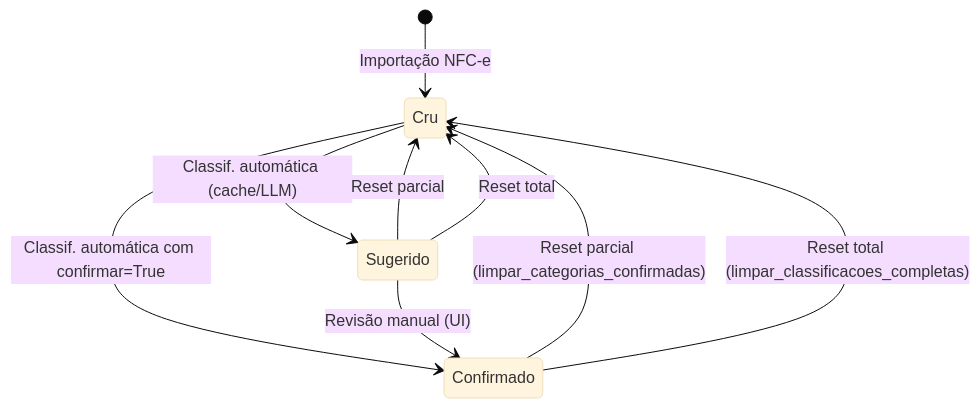
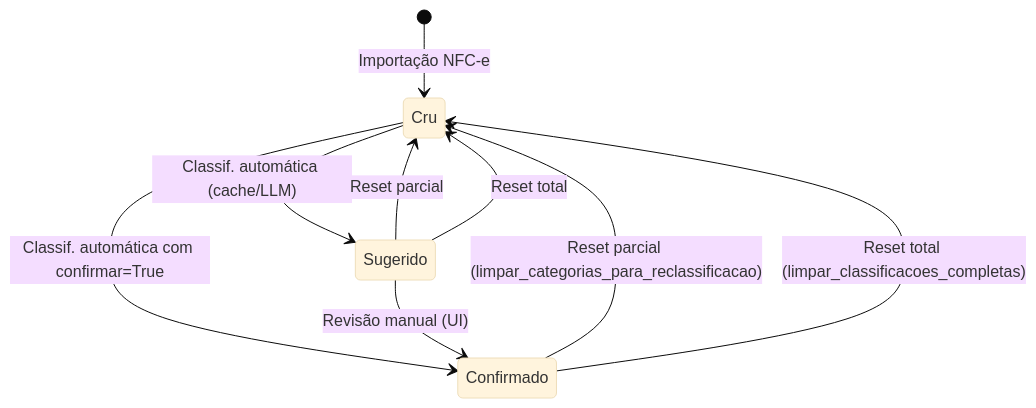
One commit to stribus/pygerengastos changed the first of 3 diagrams in _reversa_sdd/state-machines.md. Above: the diagram before and after it, drawn with Mermaid (base theme). The commit also changed other lines of this file and 5 other files, not shown here.

First line of the commit message:
refactor(database): renomear limpar_categorias_confirmadas e corrigir testes

````diff
--- a/_reversa_sdd/state-machines.md
+++ b/_reversa_sdd/state-machines.md
@@ -15,11 +15,11 @@
 ```mermaid
 stateDiagram-v2
     [*] --> Cru : Importação NFC-e
     Cru --> Sugerido : Classif. automática (cache/LLM)
     Cru --> Confirmado : Classif. automática com confirmar=True
     Sugerido --> Confirmado : Revisão manual (UI)
-    Confirmado --> Cru : Reset parcial (limpar_categorias_confirmadas)
+    Confirmado --> Cru : Reset parcial (limpar_categorias_para_reclassificacao)
     Sugerido --> Cru : Reset parcial
     Confirmado --> Cru : Reset total (limpar_classificacoes_completas)
     Sugerido --> Cru : Reset total
 ```
````
